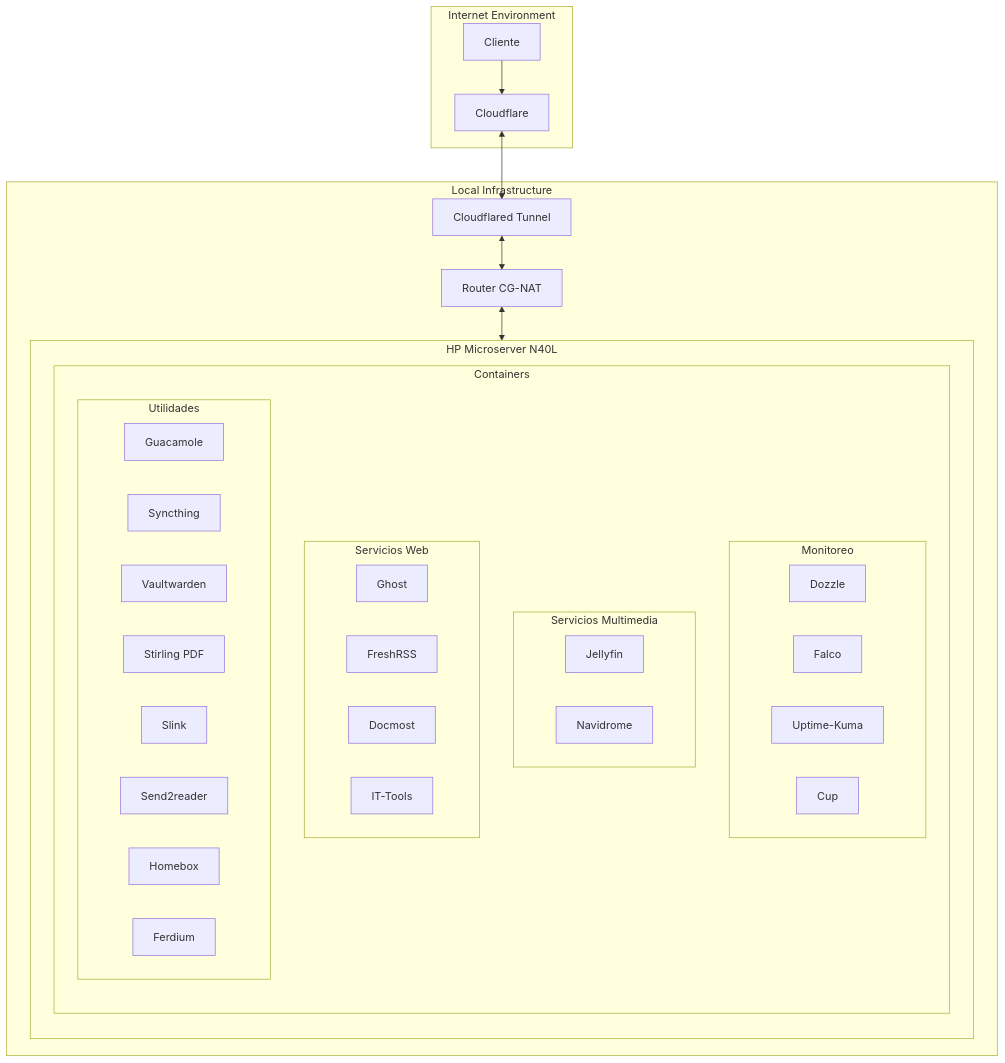
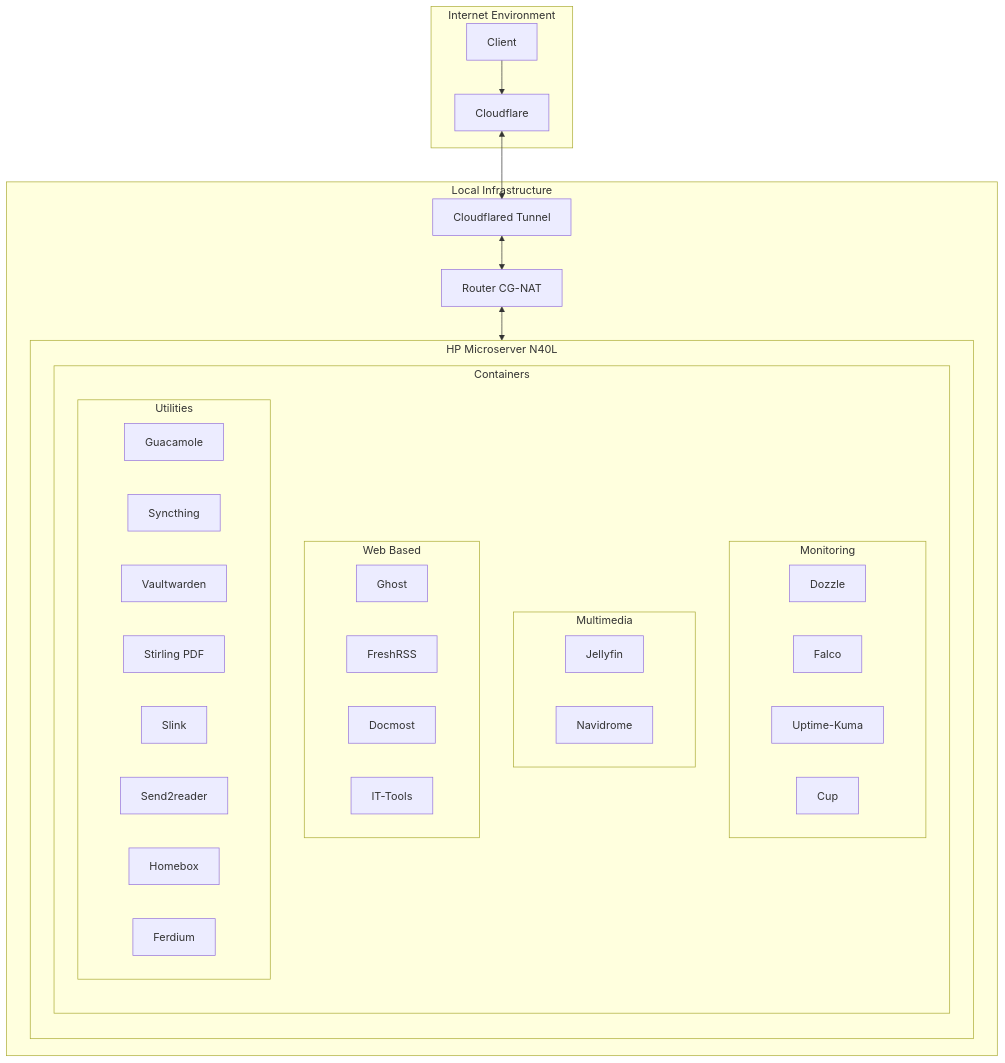
Before and after one commit to proxylivy/Self-Hosted: the diagram in README.md, drawn with Mermaid. The commit also changed other lines of this file, not shown here.

````diff
--- a/README.md
+++ b/README.md
@@ -20,56 +20,56 @@
 ```mermaid
 graph TB
     subgraph Internet["Internet Environment"]
-        CLIENT[Cliente]
+        CLIENT[Client]
         CF[Cloudflare]
         CLIENT --> CF
     end
 
     subgraph Local["Local Infrastructure"]
         subgraph Server["HP Microserver N40L"]
             direction TB
             
             subgraph Containers
                 direction TB
                 
-                subgraph "Monitoreo"
+                subgraph "Monitoring"
                     DOZ[Dozzle]
                     FAL[Falco]
                     UPT[Uptime-Kuma]
                     CUP[Cup]
                 end
                 
-                subgraph "Servicios Multimedia"
+                subgraph "Multimedia"
                     JF[Jellyfin]
                     NAV[Navidrome]
                 end
                 
-                subgraph "Servicios Web"
+                subgraph "Web Based"
                     GH[Ghost]
                     FR[FreshRSS]
                     DM[Docmost]
                     IT[IT-Tools]
                 end
                 
-                subgraph "Utilidades"
+                subgraph "Utilities"
                     GUA[Guacamole]
                     STI[Syncthing]
                     VW[Vaultwarden]
                     PDF[Stirling PDF]
                     SL[Slink]
                     S2R[Send2reader]
                     HB[Homebox]
                     FER[Ferdium]
                 end
             end
         end
         
         RT[Router CG-NAT]
         CFT[Cloudflared Tunnel]
     end
 
     %% Conexiones entre entornos
     CF <--> CFT
     CFT <--> RT
     RT <--> Server
 ```
````
